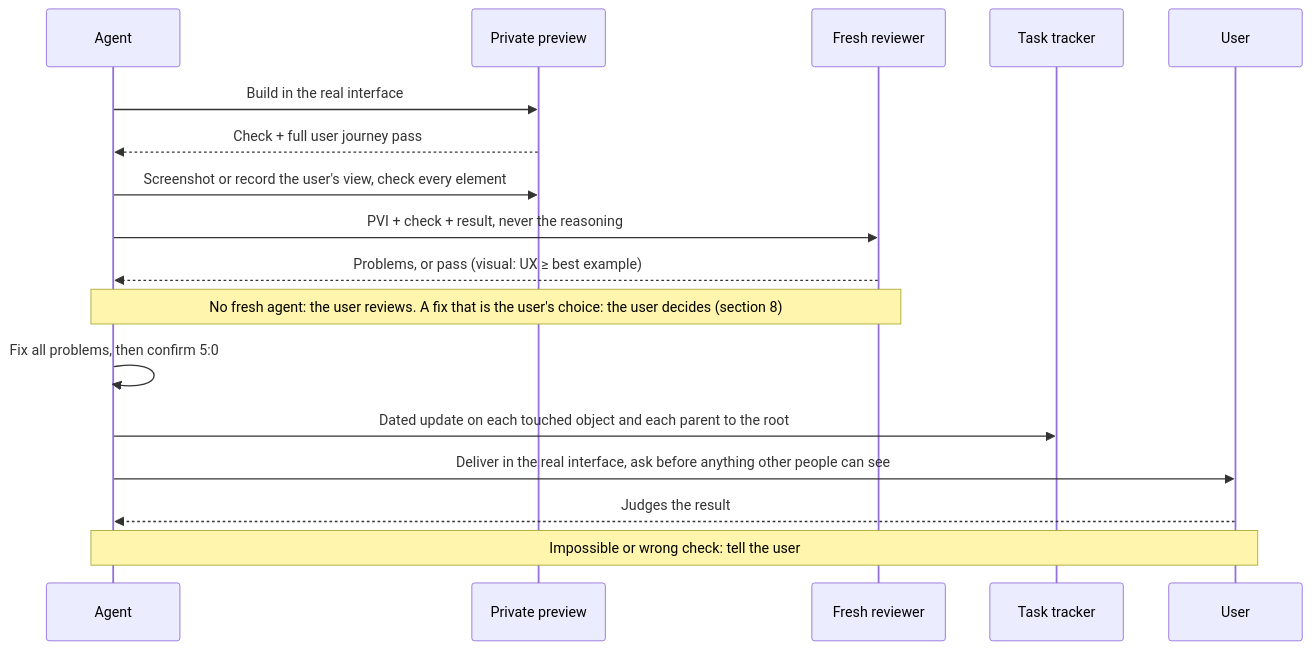
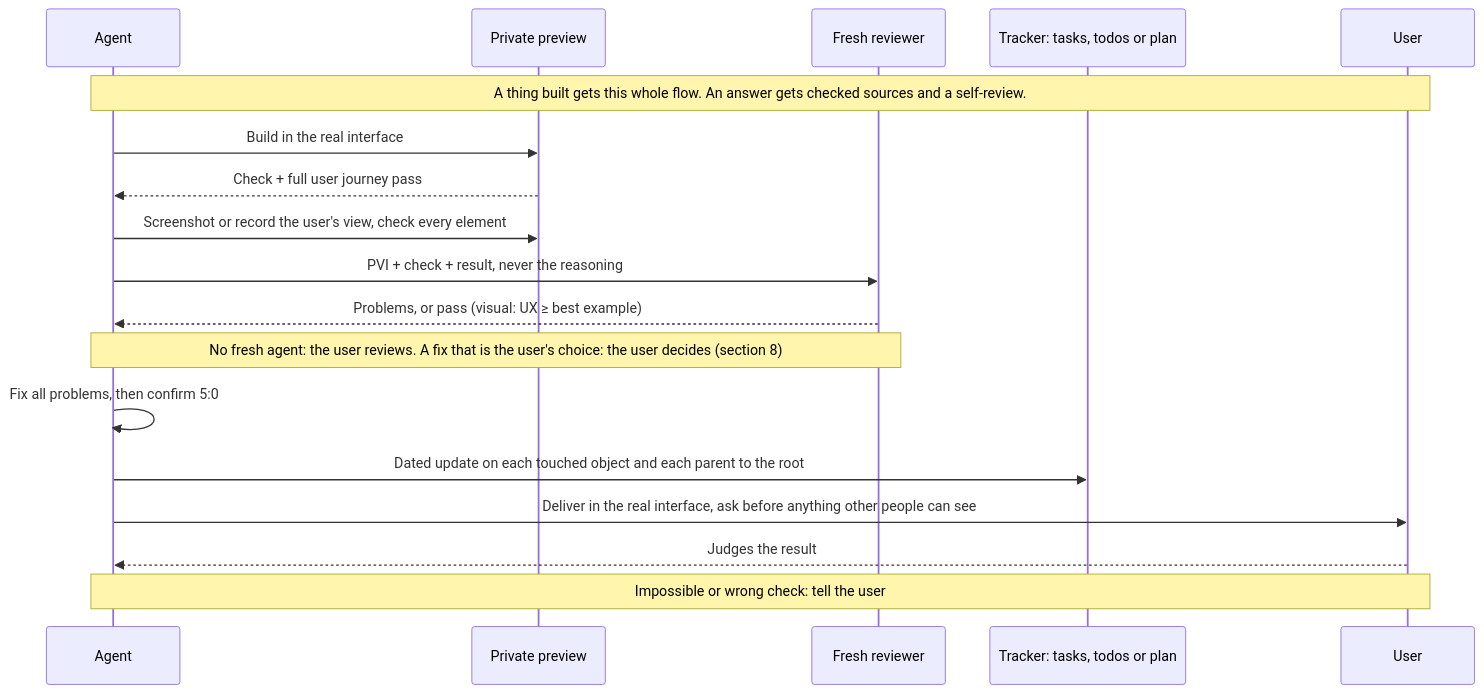
Before and after one commit to SolenixAI/arbiter: diagram 11 of 14 in AGENTS.md, drawn with Mermaid. The commit also changed other lines of this file, not shown here.

````diff
--- a/AGENTS.md
+++ b/AGENTS.md
@@ -448,19 +454,20 @@
 ```mermaid
 sequenceDiagram
   participant A as Agent
   participant P as Private preview
   participant R as Fresh reviewer
-  participant T as Task tracker
+  participant T as Tracker: tasks, todos or plan
   participant U as User
+  Note over A,U: A thing built gets this whole flow. An answer gets checked sources and a self-review.
   A->>P: Build in the real interface
   P-->>A: Check + full user journey pass
   A->>P: Screenshot or record the user's view, check every element
   A->>R: PVI + check + result, never the reasoning
   R-->>A: Problems, or pass (visual: UX ≥ best example)
   Note over A,R: No fresh agent: the user reviews. A fix that is the user's choice: the user decides (section 8)
   A->>A: Fix all problems, then confirm 5:0
   A->>T: Dated update on each touched object and each parent to the root
   A->>U: Deliver in the real interface, ask before anything other people can see
   U-->>A: Judges the result
   Note over A,U: Impossible or wrong check: tell the user
 ```
````
